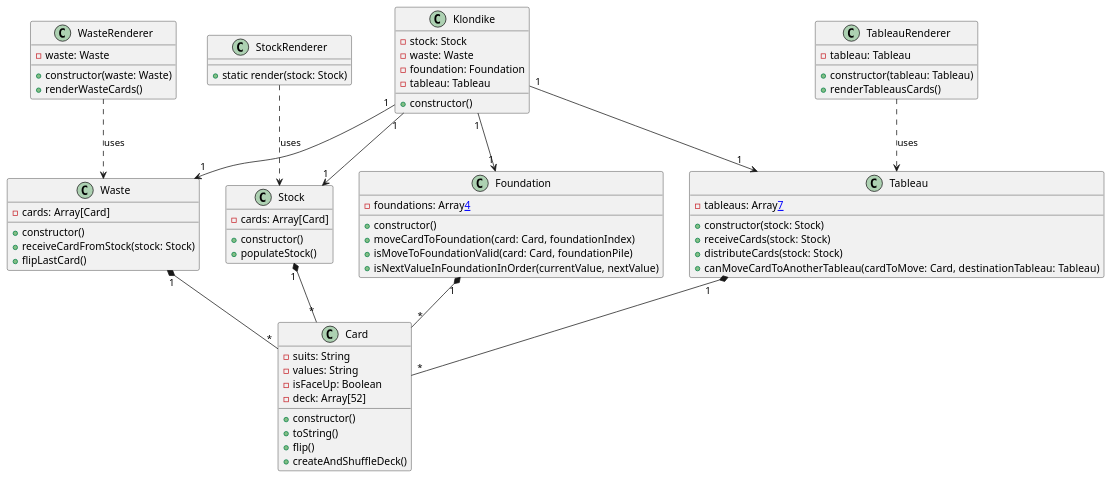
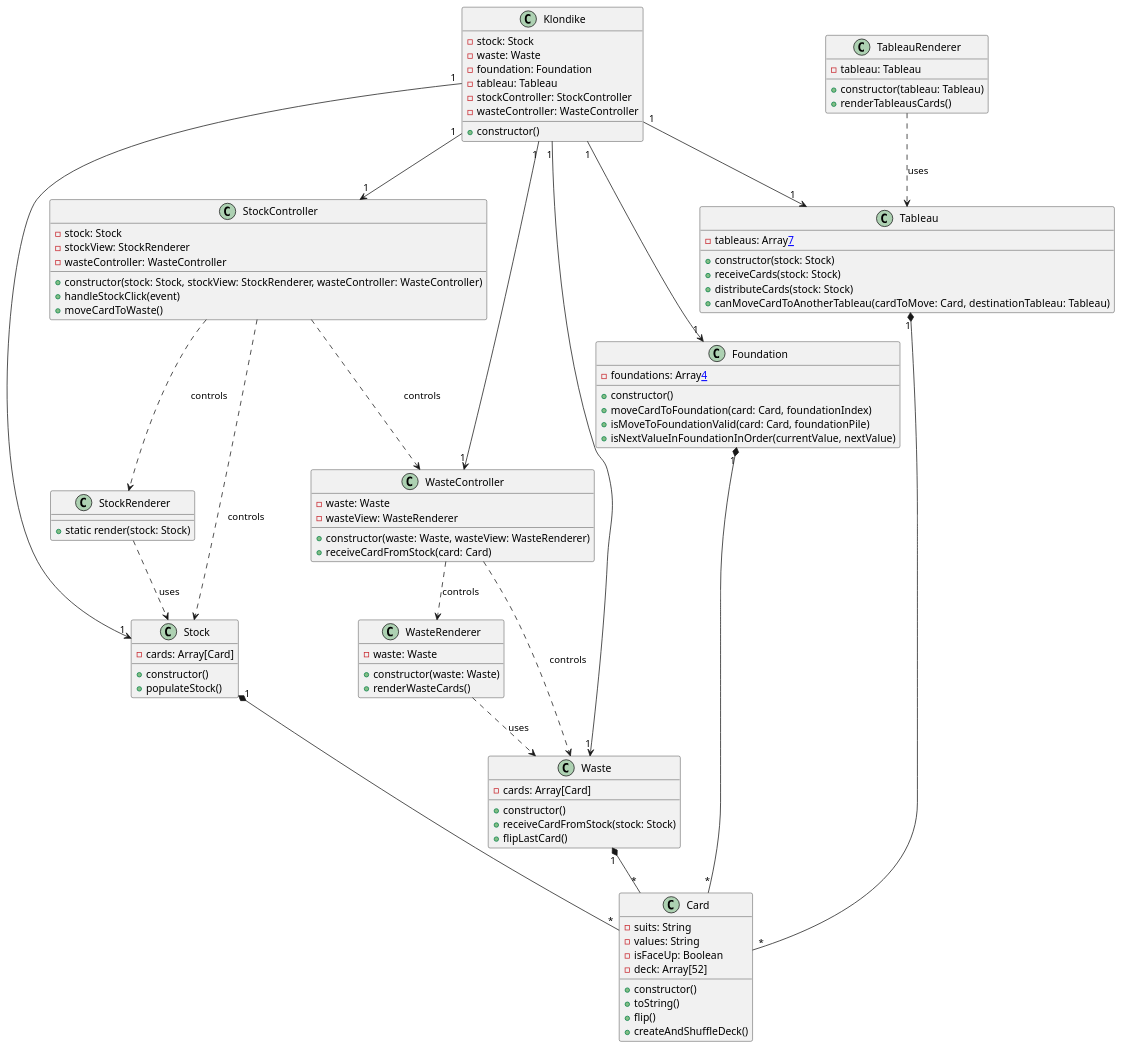
The diagram in version8/Klondikev7_1.plantuml (valleria-web/klondike), drawn with PlantUML before and after one commit. The commit also changed 13 other files, not shown here.

```diff
--- a/version8/Klondikev7_1.plantuml
+++ b/version8/Klondikev7_1.plantuml
@@ -1,79 +1,104 @@
 @startuml klondikev8
 
 class Card {
   - suits: String
   - values: String
   - isFaceUp: Boolean
   - deck: Array[52]
   + constructor()
   + toString()
   + flip()
   + createAndShuffleDeck()
 }
 
 class Klondike {
   - stock: Stock
   - waste: Waste
   - foundation: Foundation
   - tableau: Tableau
+  - stockController: StockController
+  - wasteController: WasteController
   + constructor()
 }
 
 class Stock {
   - cards: Array[Card]
   + constructor()
   + populateStock() 
 }
 
 class StockRenderer {
   + static render(stock: Stock)
 }
 
 class Tableau {
   - tableaus: Array[[7]]
   + constructor(stock: Stock)
   + receiveCards(stock: Stock) 
   + distributeCards(stock: Stock)
   + canMoveCardToAnotherTableau(cardToMove: Card, destinationTableau: Tableau)
 }
 
 class TableauRenderer {
   - tableau: Tableau
   + constructor(tableau: Tableau)
   + renderTableausCards()
 }
 
 class Foundation {
   - foundations: Array[[4]]
   + constructor()
   + moveCardToFoundation(card: Card, foundationIndex)
   + isMoveToFoundationValid(card: Card, foundationPile)
   + isNextValueInFoundationInOrder(currentValue, nextValue)
 }
 
 class Waste {
   - cards: Array[Card]
   + constructor()
   + receiveCardFromStock(stock: Stock)
   + flipLastCard()
 }
 
 class WasteRenderer {
   - waste: Waste
   + constructor(waste: Waste)
   + renderWasteCards()
 }
 
+class StockController {
+  - stock: Stock
+  - stockView: StockRenderer
+  - wasteController: WasteController
+  + constructor(stock: Stock, stockView: StockRenderer, wasteController: WasteController)
+  + handleStockClick(event)
+  + moveCardToWaste()
+}
+
+class WasteController {
+  - waste: Waste
+  - wasteView: WasteRenderer
+  + constructor(waste: Waste, wasteView: WasteRenderer)
+  + receiveCardFromStock(card: Card)
+}
+
 Klondike "1" --> "1" Stock
 Klondike "1" --> "1" Waste
 Klondike "1" --> "1" Foundation
 Klondike "1" --> "1" Tableau
+Klondike "1" --> "1" StockController
+Klondike "1" --> "1" WasteController
 Stock "1" *-- "*" Card
 Waste "1" *-- "*" Card
 Foundation "1" *-- "*" Card
 Tableau "1" *-- "*" Card
 StockRenderer ..> Stock : uses
 TableauRenderer ..> Tableau : uses
 WasteRenderer ..> Waste : uses
+StockController ..> Stock : controls
+StockController ..> StockRenderer : controls
+StockController ..> WasteController : controls
+WasteController ..> Waste : controls
+WasteController ..> WasteRenderer : controls
 
 @enduml
```
